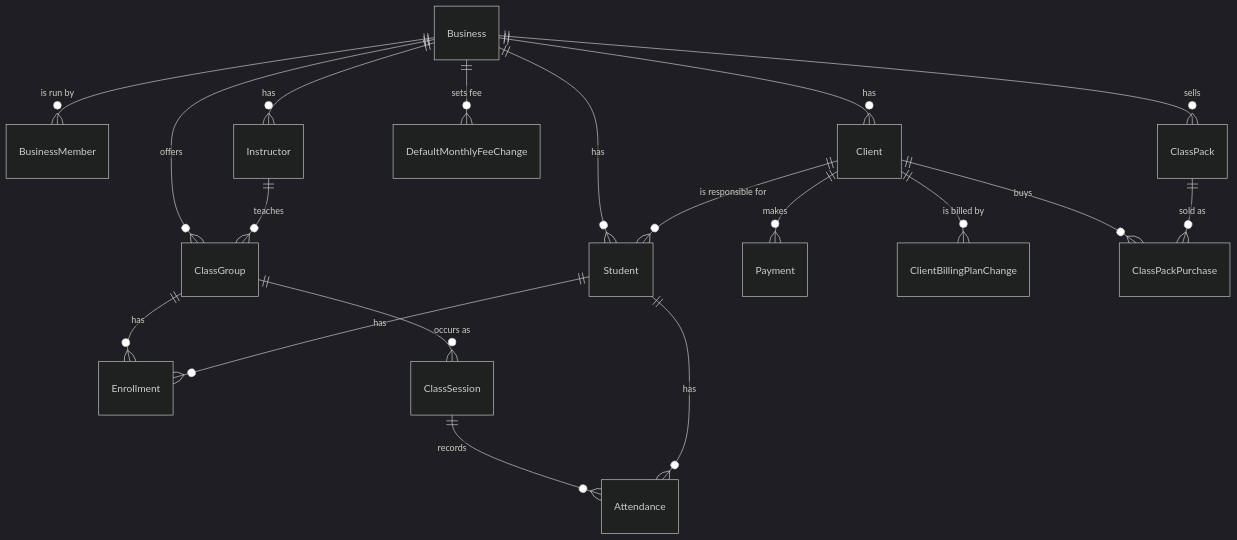
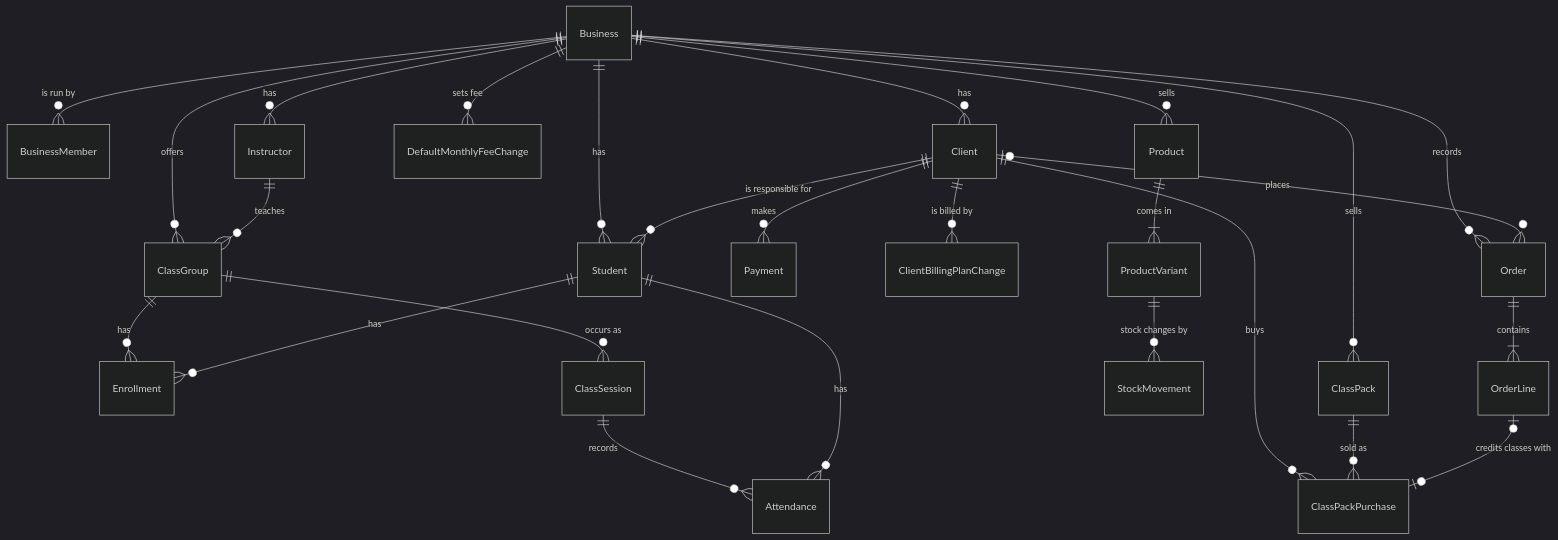
Before and after one commit to alejandrolazarte/class-manager: the diagram in docs/backend/domain-model.md, drawn with Mermaid (dark theme). The commit also changed other lines of this file and 48 other files, not shown here.

````diff
--- a/docs/backend/domain-model.md
+++ b/docs/backend/domain-model.md
@@ -15,21 +15,28 @@
 ```mermaid
 erDiagram
     Business ||--o{ BusinessMember : "is run by"
     Business ||--o{ Client : has
     Business ||--o{ Student : has
     Client ||--o{ Student : "is responsible for"
     Business ||--o{ Instructor : has
     Business ||--o{ ClassGroup : offers
     Instructor ||--o{ ClassGroup : teaches
     ClassGroup ||--o{ Enrollment : has
     Student ||--o{ Enrollment : has
     ClassGroup ||--o{ ClassSession : "occurs as"
     ClassSession ||--o{ Attendance : records
     Student ||--o{ Attendance : has
     Client ||--o{ Payment : makes
     Business ||--o{ DefaultMonthlyFeeChange : "sets fee"
     Client ||--o{ ClientBillingPlanChange : "is billed by"
     Business ||--o{ ClassPack : sells
     Client ||--o{ ClassPackPurchase : buys
     ClassPack ||--o{ ClassPackPurchase : "sold as"
+    Business ||--o{ Product : sells
+    Product ||--|{ ProductVariant : "comes in"
+    ProductVariant ||--o{ StockMovement : "stock changes by"
+    Business ||--o{ Order : records
+    Client |o--o{ Order : places
+    Order ||--|{ OrderLine : contains
+    OrderLine |o--o| ClassPackPurchase : "credits classes with"
 ```
````
